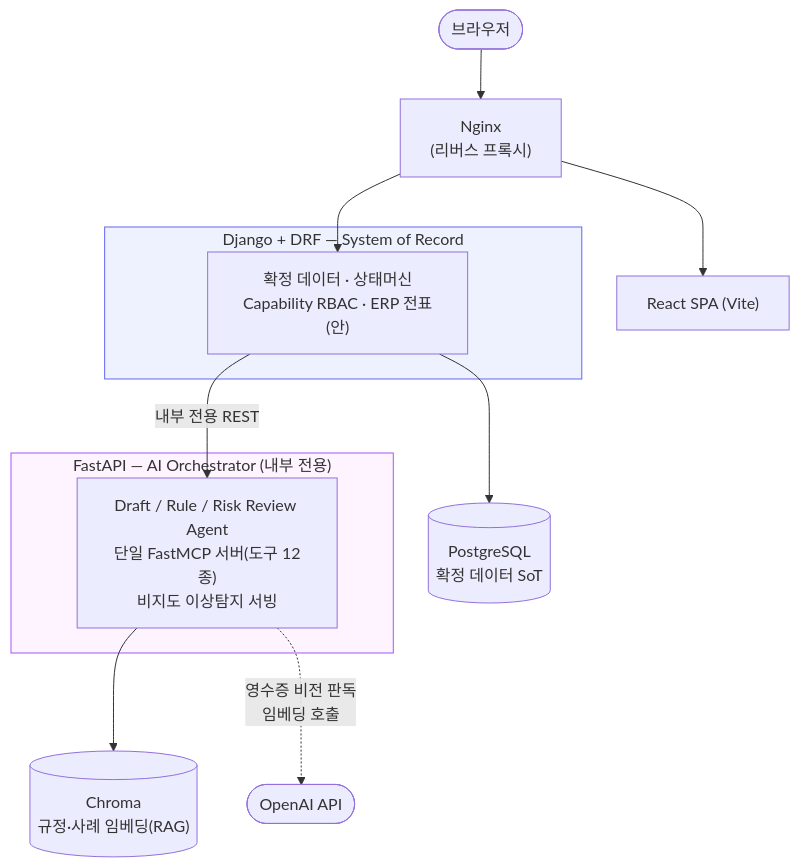
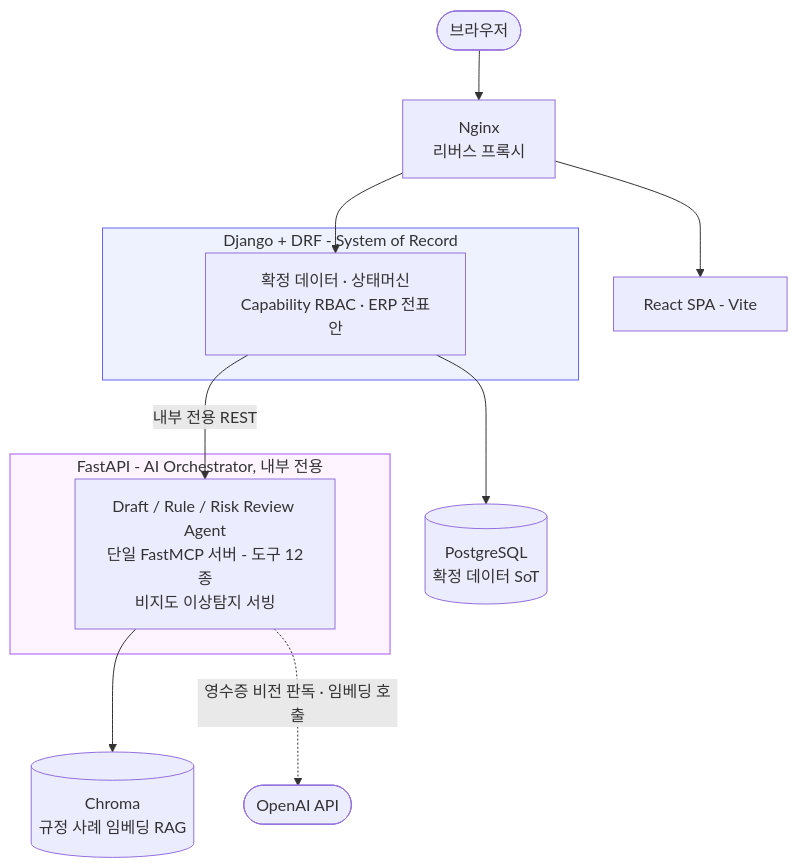
The second of 2 diagrams in README.md (SKNETWORKS-FAMILY-AICAMP/SKN29-FINAL-1TEAM), drawn with Mermaid before and after one commit. The commit also changed other lines of this file, not shown here.

Commit message:
fix: README Mermaid 다이어그램 렌더링 오류 수정
노드 라벨에 쓴 리터럴 \n이 GitHub Mermaid 파서에서 줄바꿈으로 해석되지 않아
파싱이 깨졌다 — <br/>로 교체하고, 라벨 안 괄호를 정리하고 subgraph 선언에
공식 문법대로 공백을 넣었다.

````diff
--- a/README.md
+++ b/README.md
@@ -94,23 +94,23 @@
 ```mermaid
 flowchart TB
-    U(["브라우저"]) --> N["Nginx\n(리버스 프록시)"]
-    N --> W["React SPA (Vite)"]
+    U(["브라우저"]) --> N["Nginx<br/>리버스 프록시"]
+    N --> W["React SPA - Vite"]
     N --> C
 
-    subgraph Core["Django + DRF — System of Record"]
-        C["확정 데이터 · 상태머신\nCapability RBAC · ERP 전표(안)"]
+    subgraph Core ["Django + DRF - System of Record"]
+        C["확정 데이터 · 상태머신<br/>Capability RBAC · ERP 전표안"]
     end
 
     C -->|내부 전용 REST| AI
 
-    subgraph AIOrch["FastAPI — AI Orchestrator (내부 전용)"]
-        AI["Draft / Rule / Risk Review Agent\n단일 FastMCP 서버(도구 12종)\n비지도 이상탐지 서빙"]
+    subgraph AIOrch ["FastAPI - AI Orchestrator, 내부 전용"]
+        AI["Draft / Rule / Risk Review Agent<br/>단일 FastMCP 서버 - 도구 12종<br/>비지도 이상탐지 서빙"]
     end
 
-    C --> PG[("PostgreSQL\n확정 데이터 SoT")]
-    AI --> CH[("Chroma\n규정·사례 임베딩(RAG)")]
-    AI -.->|영수증 비전 판독\n임베딩 호출| OAI(["OpenAI API"])
+    C --> PG[("PostgreSQL<br/>확정 데이터 SoT")]
+    AI --> CH[("Chroma<br/>규정 사례 임베딩 RAG")]
+    AI -.->|영수증 비전 판독 · 임베딩 호출| OAI(["OpenAI API"])
 
     style Core fill:#eef2ff,stroke:#6366f1
     style AIOrch fill:#fdf4ff,stroke:#a855f7
 ```
````
